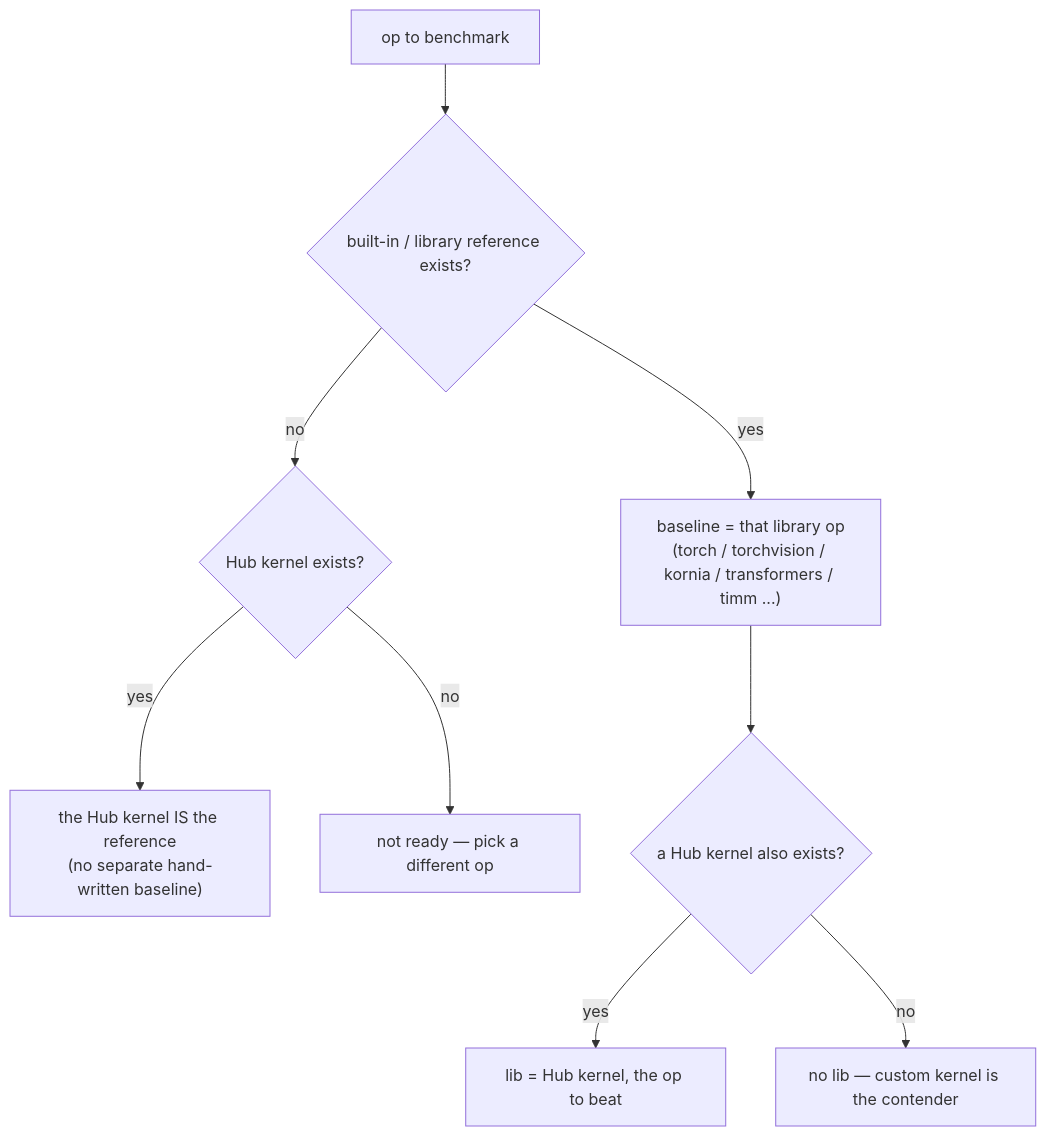
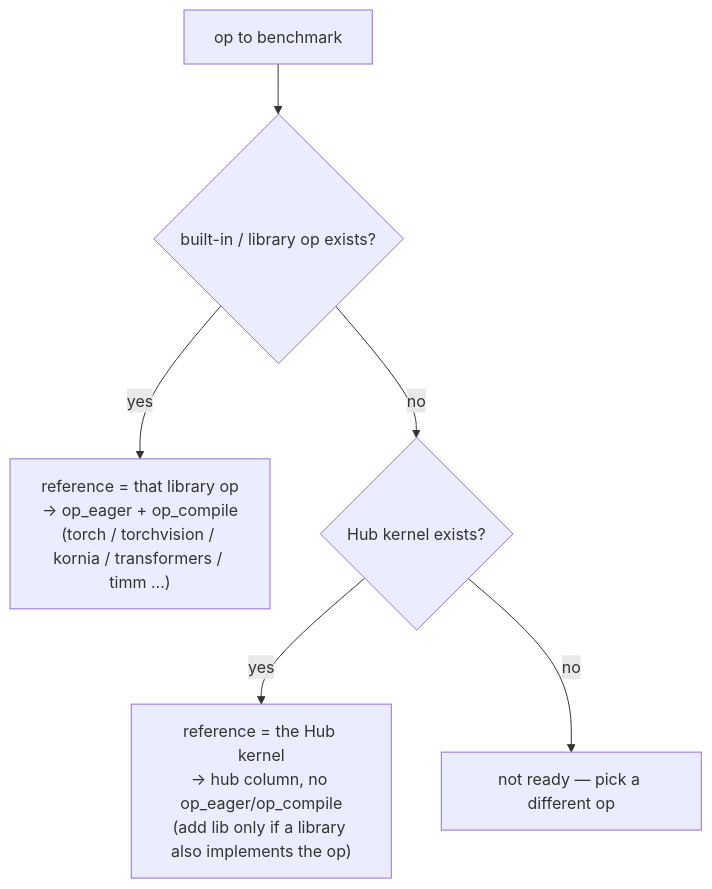
One commit to aymuos15/cernels changed the diagram in docs/guide/setting_up_baselines.md. Above: the diagram before and after it, drawn with Mermaid. The commit also changed other lines of this file and 16 other files, not shown here.

First line of the commit message:
benchmark: rename workloads to op_eager/op_compile/hub/lib/custom

````diff
--- a/docs/guide/setting_up_baselines.md
+++ b/docs/guide/setting_up_baselines.md
@@ -7,11 +16,8 @@
 ```mermaid
 flowchart TD
-    A[op to benchmark] --> B{built-in / library reference exists?}
-    B -- yes --> C["baseline = that library op<br/>(torch / torchvision / kornia / transformers / timm ...)"]
+    A[op to benchmark] --> B{built-in / library op exists?}
+    B -- yes --> C["reference = that library op<br/>→ op_eager + op_compile<br/>(torch / torchvision / kornia / transformers / timm ...)"]
     B -- no --> D{Hub kernel exists?}
-    D -- yes --> E["the Hub kernel IS the reference<br/>(no separate hand-written baseline)"]
+    D -- yes --> E["reference = the Hub kernel<br/>→ hub column, no op_eager/op_compile<br/>(add lib only if a library also implements the op)"]
     D -- no --> F["not ready — pick a different op"]
-    C --> G{a Hub kernel also exists?}
-    G -- yes --> H[lib = Hub kernel, the op to beat]
-    G -- no --> I["no lib — custom kernel is the contender"]
 ```
````
